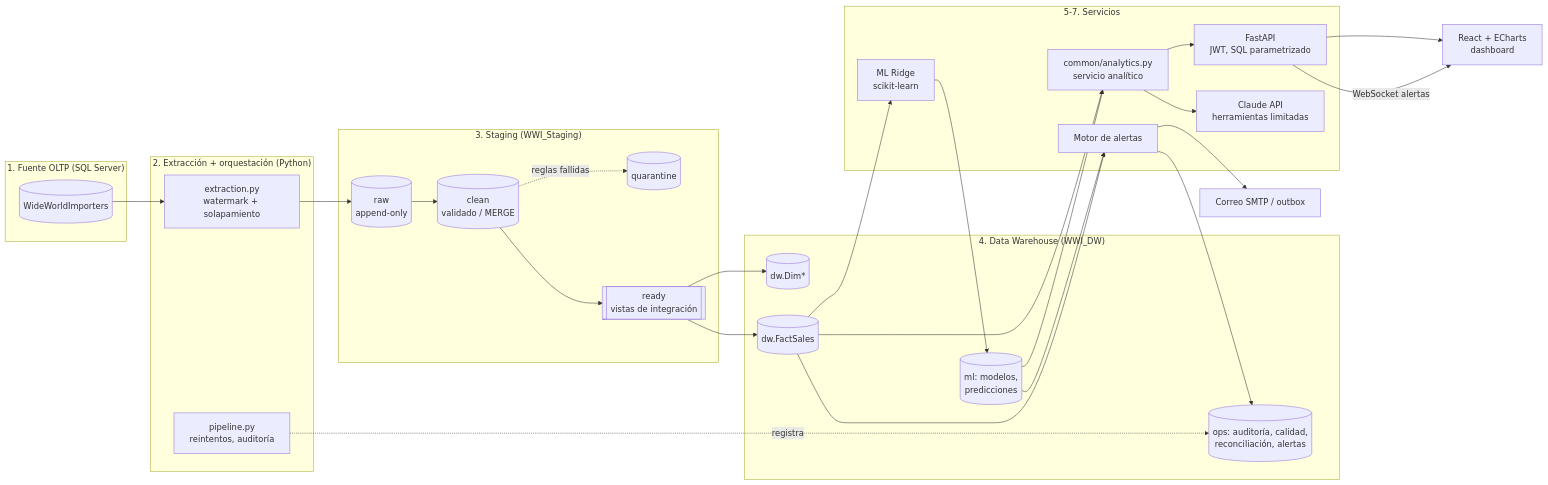
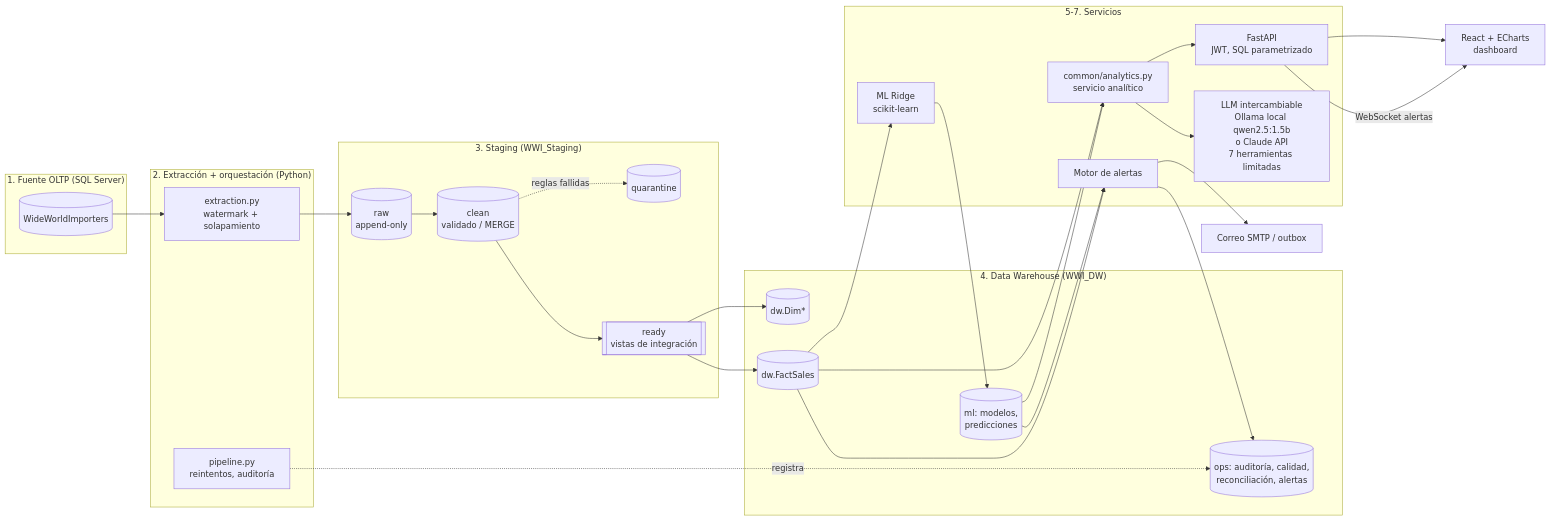
One commit to Wilmer328/Examen1_TE changed the diagram in documentation/02_arquitectura.md. Above: the diagram before and after it, drawn with Mermaid. The commit also changed other lines of this file and 4 other files, not shown here.

````diff
--- a/documentation/02_arquitectura.md
+++ b/documentation/02_arquitectura.md
@@ -4,41 +4,41 @@
 ```mermaid
 flowchart LR
     subgraph Fuente["1. Fuente OLTP (SQL Server)"]
         WWI[(WideWorldImporters)]
     end
     subgraph ETL["2. Extracción + orquestación (Python)"]
         EX[extraction.py<br/>watermark + solapamiento]
         PL[pipeline.py<br/>reintentos, auditoría]
     end
     subgraph STG["3. Staging (WWI_Staging)"]
         RAW[(raw<br/>append-only)]
         CLN[(clean<br/>validado / MERGE)]
         QUA[(quarantine)]
         RDY[[ready<br/>vistas de integración]]
     end
     subgraph DW["4. Data Warehouse (WWI_DW)"]
         DIM[(dw.Dim*)]
         FACT[(dw.FactSales)]
         OPS[(ops: auditoría, calidad,<br/>reconciliación, alertas)]
         ML[(ml: modelos,<br/>predicciones)]
     end
     subgraph APP["5-7. Servicios"]
         API[FastAPI<br/>JWT, SQL parametrizado]
         SVC[common/analytics.py<br/>servicio analítico]
         MOD[ML Ridge<br/>scikit-learn]
-        LLM[Claude API<br/>herramientas limitadas]
+        LLM[LLM intercambiable<br/>Ollama local qwen2.5:1.5b<br/>o Claude API<br/>7 herramientas limitadas]
         ALR[Motor de alertas]
     end
     WEB[React + ECharts<br/>dashboard]
     MAIL[Correo SMTP / outbox]
 
     WWI --> EX --> RAW --> CLN --> RDY --> DIM & FACT
     CLN -. reglas fallidas .-> QUA
     PL -. registra .-> OPS
     FACT --> SVC --> API --> WEB
     FACT --> MOD --> ML --> SVC
     SVC --> LLM
     ML & FACT --> ALR --> OPS
     ALR --> MAIL
     API -- WebSocket alertas --> WEB
 ```
````
